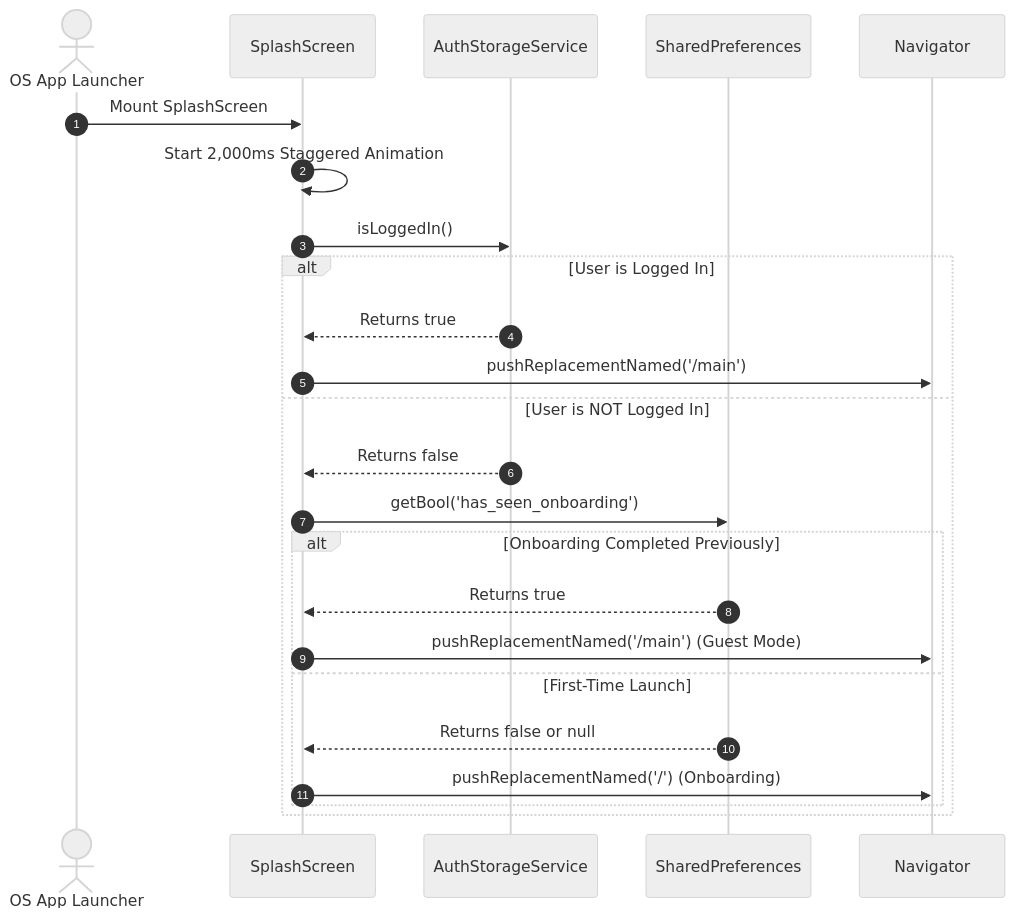
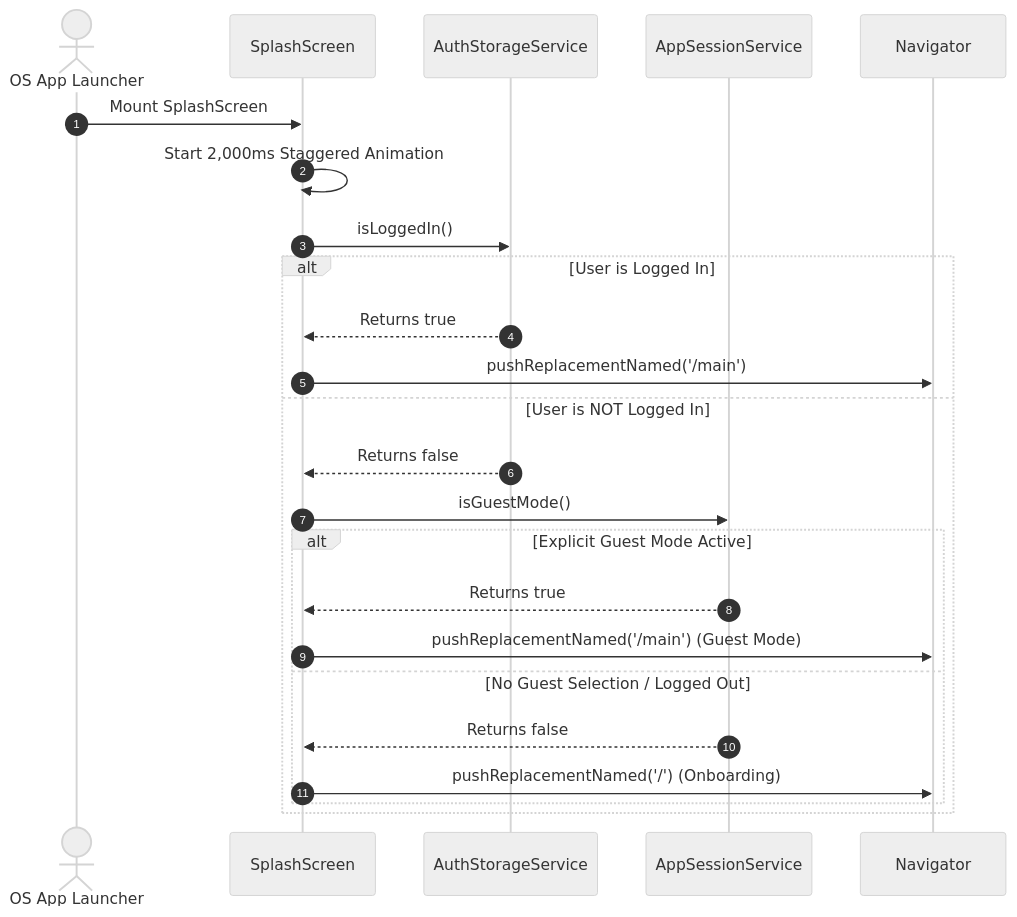
Before and after one commit to MohamedGasser15/Education-Lab: the diagram in Documentation/Modules/Mobile/Screens/SplashScreen.md, drawn with Mermaid (neutral theme). The commit also changed other lines of this file and 5 other files, not shown here.

````diff
--- a/Documentation/Modules/Mobile/Screens/SplashScreen.md
+++ b/Documentation/Modules/Mobile/Screens/SplashScreen.md
@@ -31,28 +31,28 @@
 ```mermaid
 sequenceDiagram
     autonumber
     actor System as OS App Launcher
     participant Splash as SplashScreen
     participant Auth as AuthStorageService
-    participant Prefs as SharedPreferences
+    participant Session as AppSessionService
     participant Nav as Navigator
 
     System->>Splash: Mount SplashScreen
     Splash->>Splash: Start 2,000ms Staggered Animation
     Splash->>Auth: isLoggedIn()
     
     alt User is Logged In
         Auth-->>Splash: Returns true
         Splash->>Nav: pushReplacementNamed('/main')
     else User is NOT Logged In
         Auth-->>Splash: Returns false
-        Splash->>Prefs: getBool('has_seen_onboarding')
-        alt Onboarding Completed Previously
-            Prefs-->>Splash: Returns true
+        Splash->>Session: isGuestMode()
+        alt Explicit Guest Mode Active
+            Session-->>Splash: Returns true
             Splash->>Nav: pushReplacementNamed('/main') (Guest Mode)
-        else First-Time Launch
-            Prefs-->>Splash: Returns false or null
+        else No Guest Selection / Logged Out
+            Session-->>Splash: Returns false
             Splash->>Nav: pushReplacementNamed('/') (Onboarding)
         end
     end
 ```
````
